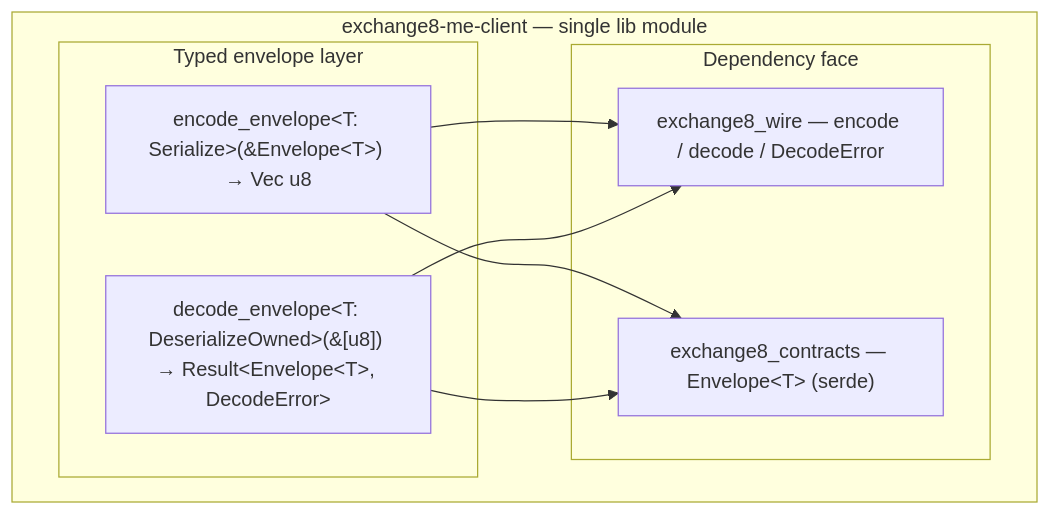
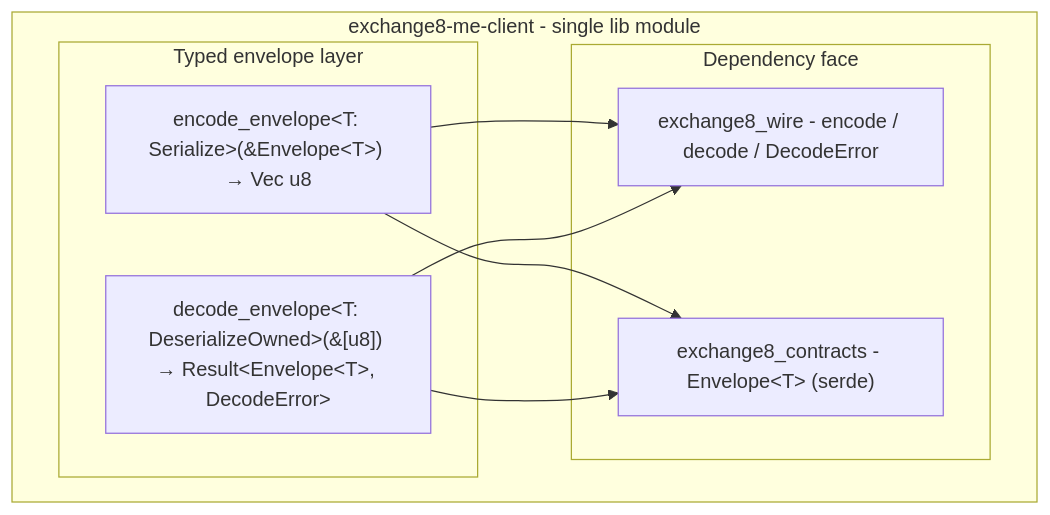
Before and after one commit to Exchange8-dev/exchange8-sdk: the second of 7 diagrams in crates/me/client/DESIGN.md, drawn with Mermaid. The commit also changed other lines of this file and 60 other files, not shown here.

````diff
--- a/crates/me/client/DESIGN.md
+++ b/crates/me/client/DESIGN.md
@@ -81,17 +81,17 @@
 ```mermaid
 graph TD
-    subgraph LIB["exchange8-me-client — single lib module"]
+    subgraph LIB["exchange8-me-client - single lib module"]
         subgraph TYPEDL["Typed envelope layer"]
             ENC["encode_envelope&lt;T: Serialize&gt;(&amp;Envelope&lt;T&gt;) → Vec u8"]
             DEC["decode_envelope&lt;T: DeserializeOwned&gt;(&amp;[u8]) → Result&lt;Envelope&lt;T&gt;, DecodeError&gt;"]
         end
         subgraph DEPS["Dependency face"]
-            WIRE2["exchange8_wire — encode / decode / DecodeError"]
-            CONTR["exchange8_contracts — Envelope&lt;T&gt; (serde)"]
+            WIRE2["exchange8_wire - encode / decode / DecodeError"]
+            CONTR["exchange8_contracts - Envelope&lt;T&gt; (serde)"]
         end
     end
     ENC --> WIRE2
     DEC --> WIRE2
     ENC --> CONTR
     DEC --> CONTR
 ```
````
